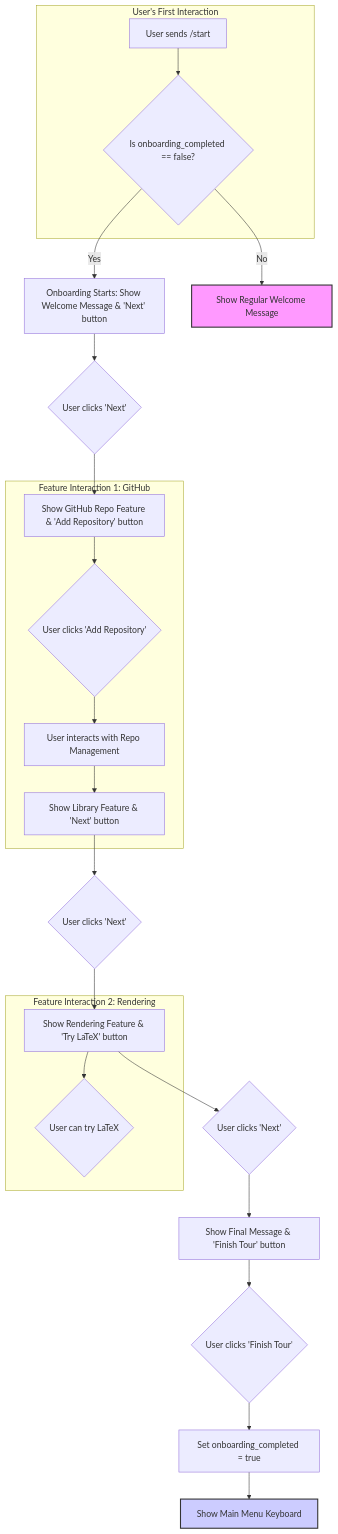
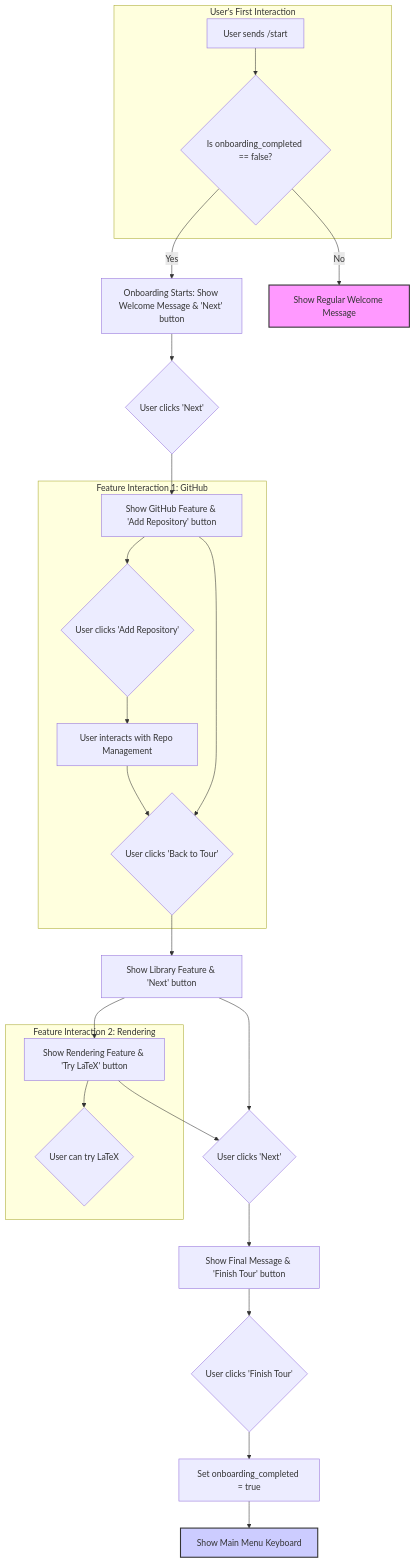
One commit to Ackrome/matplobbot changed the first of 2 diagrams in README.md. Above: the diagram before and after it, drawn with Mermaid. The commit also changed 1 other file, not shown here.

Commit message:
latex tour

````diff
--- a/README.md
+++ b/README.md
@@ -193,35 +193,39 @@
 ```mermaid
 graph TD
     subgraph "User's First Interaction"
         A[User sends /start] --> B{Is onboarding_completed == false?};
     end
 
     B -- Yes --> C[Onboarding Starts: Show Welcome Message & 'Next' button];
     B -- No --> Z[Show Regular Welcome Message];
 
     C --> D{User clicks 'Next'};
-    D --> E[Show GitHub Repo Feature & 'Add Repository' button];
+    D --> E[Show GitHub Feature & 'Add Repository' button];
 
     subgraph "Feature Interaction 1: GitHub"
         E --> F{User clicks 'Add Repository'};
         F --> G[User interacts with Repo Management];
-        G --> H[Show Library Feature & 'Next' button];
+        G --> H{User clicks 'Back to Tour'};
     end
 
-    H --> I{User clicks 'Next'};
+    E --> H;
+
+    H --> I[Show Library Feature & 'Next' button];
     I --> J[Show Rendering Feature & 'Try LaTeX' button];
 
     subgraph "Feature Interaction 2: Rendering"
         J --> K{User can try LaTeX};
     end
 
     J --> L{User clicks 'Next'};
-    L --> M[Show Final Message & 'Finish Tour' button];
+    I --> L;
+
+    L --> M[Show Final Message & 'Finish Tour' button]
 
     M --> N{User clicks 'Finish Tour'};
     N --> O[Set onboarding_completed = true];
     O --> P[Show Main Menu Keyboard];
 
     style Z fill:#f9f,stroke:#333,stroke-width:2px
     style P fill:#ccf,stroke:#333,stroke-width:2px
 ```
````
